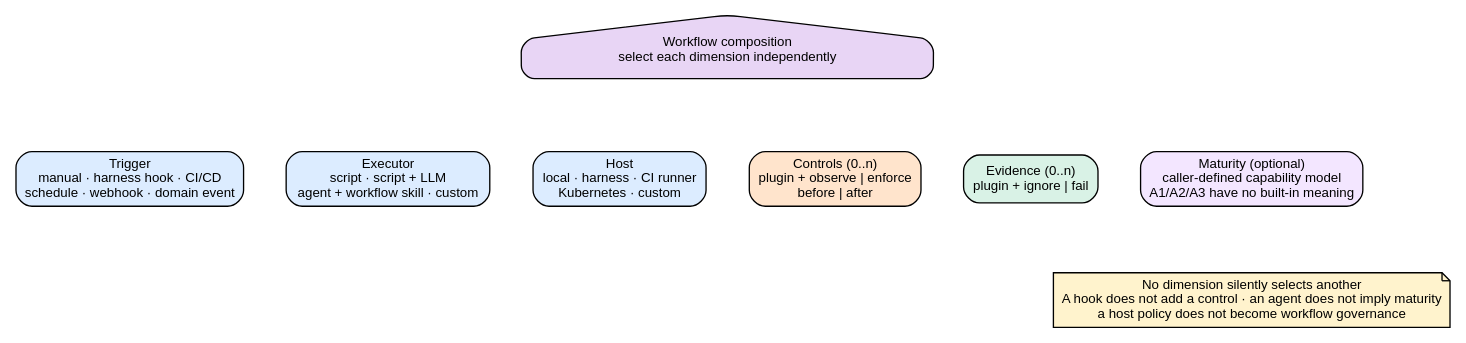
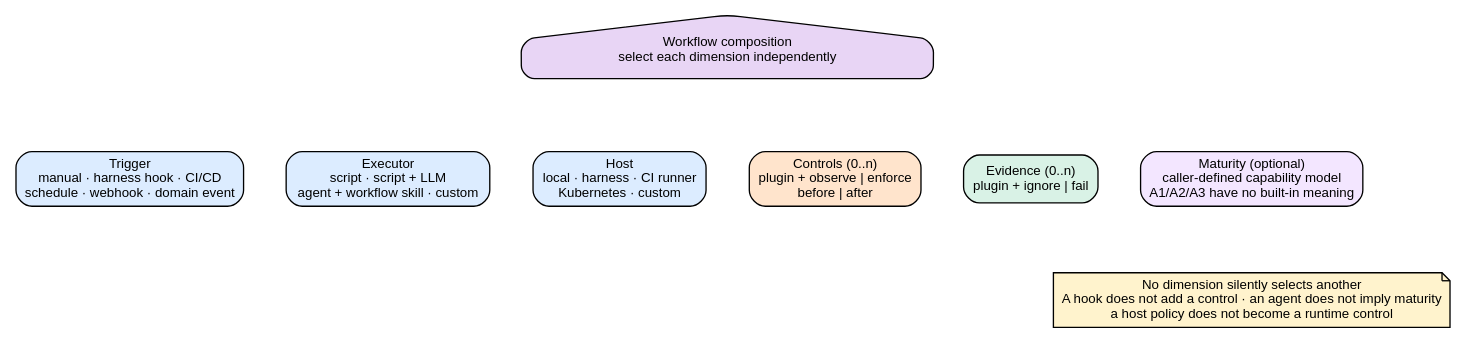
Before and after one commit to xonovex/platform: the diagram in packages/diagram/diagram-agent-workflow/variation-axes.dot, drawn with Graphviz. The commit also changed 274 other files, not shown here.

Commit message:
refactor: remove workflow governance skill layer

```diff
--- a/packages/diagram/diagram-agent-workflow/variation-axes.dot
+++ b/packages/diagram/diagram-agent-workflow/variation-axes.dot
@@ -1,30 +1,30 @@
 digraph VariationAxes {
   rankdir=TB;
   newrank=true;
   nodesep=0.45;
   ranksep=0.7;
 
   node [shape=box, style="rounded,filled", fontname="Arial", fontsize=10];
   edge [fontname="Arial", fontsize=9];
 
   composition [label="Workflow composition\nselect each dimension independently", shape=house, fillcolor="#e8d5f5"];
 
   trigger [label="Trigger\nmanual · harness hook · CI/CD\nschedule · webhook · domain event", fillcolor="#dcecff"];
   executor [label="Executor\nscript · script + LLM\nagent + workflow skill · custom", fillcolor="#dcecff"];
   host [label="Host\nlocal · harness · CI runner\nKubernetes · custom", fillcolor="#dcecff"];
   controls [label="Controls (0..n)\nplugin + observe | enforce\nbefore | after", fillcolor="#ffe4cc"];
   evidence [label="Evidence (0..n)\nplugin + ignore | fail", fillcolor="#d9f2e6"];
   maturity [label="Maturity (optional)\ncaller-defined capability model\nA1/A2/A3 have no built-in meaning", fillcolor="#f3e6ff"];
 
   composition -> trigger [style=invis];
   composition -> executor [style=invis];
   composition -> host [style=invis];
   composition -> controls [style=invis];
   composition -> evidence [style=invis];
   composition -> maturity [style=invis];
   {rank=same; trigger; executor; host;}
   {rank=same; controls; evidence; maturity;}
 
-  rule [label="No dimension silently selects another\nA hook does not add a control · an agent does not imply maturity\na host policy does not become workflow governance", shape=note, fillcolor="#fff3cd"];
+  rule [label="No dimension silently selects another\nA hook does not add a control · an agent does not imply maturity\na host policy does not become a runtime control", shape=note, fillcolor="#fff3cd"];
   maturity -> rule [style=invis];
 }
```
